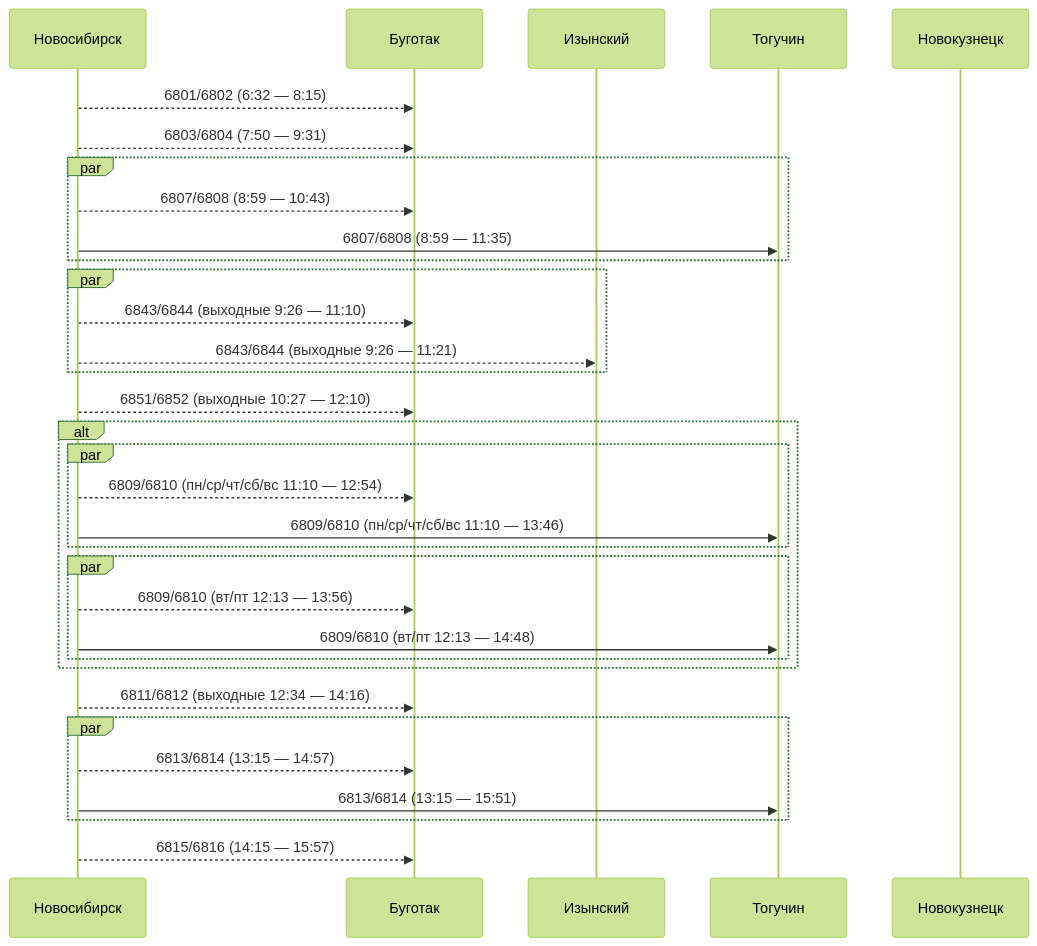
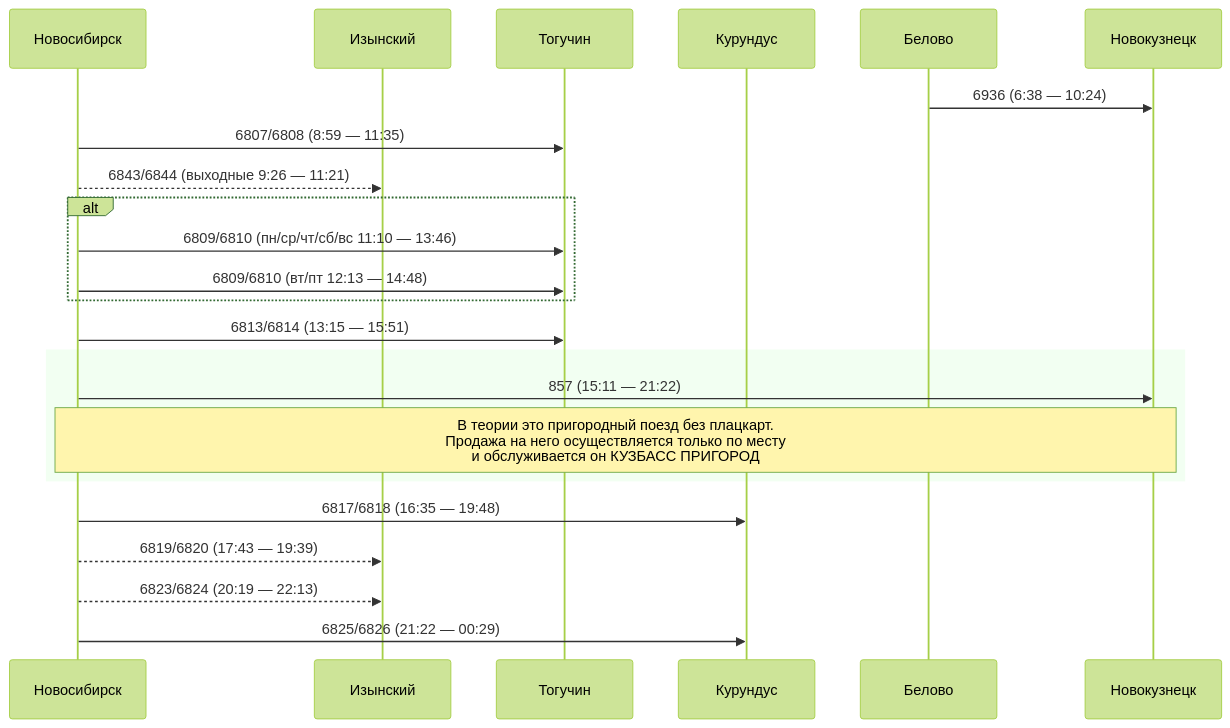
Before and after one commit to u0feff/Pezda: the fifth of 9 diagrams in README.md, drawn with Mermaid (forest theme). The commit also changed other lines of this file, not shown here.

````diff
--- a/README.md
+++ b/README.md
@@ -253,47 +253,35 @@
 ```mermaid
 sequenceDiagram
     participant Новосибирск
-    participant Буготак
     participant Изынский
     participant Тогучин
+    participant Курундус
+    participant Белово
     participant Новокузнецк
 
-    Новосибирск-->>Буготак: 6801/6802 (6:32 — 8:15)
+    Белово->>Новокузнецк: 6936 (6:38 — 10:24)
 
-    Новосибирск-->>Буготак: 6803/6804 (7:50 — 9:31)
+    Новосибирск->>Тогучин: 6807/6808 (8:59 — 11:35)
 
-    par
-    Новосибирск-->>Буготак: 6807/6808 (8:59 — 10:43)
-    Новосибирск->>Тогучин: 6807/6808 (8:59 — 11:35)
+    Новосибирск-->>Изынский: 6843/6844 (выходные 9:26 — 11:21)
+
+    alt
+    Новосибирск->>Тогучин: 6809/6810 (пн/ср/чт/сб/вс 11:10 — 13:46)
+    Новосибирск->>Тогучин: 6809/6810 (вт/пт 12:13 — 14:48)
     end
 
-    par
-    Новосибирск-->>Буготак: 6843/6844 (выходные 9:26 — 11:10)
-    Новосибирск-->>Изынский: 6843/6844 (выходные 9:26 — 11:21)
+    Новосибирск->>Тогучин: 6813/6814 (13:15 — 15:51)
+
+    rect rgba(0, 255, 0, 0.05)
+    Новосибирск->>Новокузнецк: 857 (15:11 — 21:22)
+    Note over Новосибирск,Новокузнецк: В теории это пригородный поезд без плацкарт.<br>Продажа на него осуществляется только по месту<br>и обслуживается он КУЗБАСС ПРИГОРОД
     end
 
-    Новосибирск-->>Буготак: 6851/6852 (выходные 10:27 — 12:10)
+    Новосибирск->>Курундус: 6817/6818 (16:35 — 19:48)
 
-    alt
-    par
-    Новосибирск-->>Буготак: 6809/6810 (пн/ср/чт/сб/вс 11:10 — 12:54)
-    Новосибирск->>Тогучин: 6809/6810 (пн/ср/чт/сб/вс 11:10 — 13:46)
-    end
+    Новосибирск-->>Изынский: 6819/6820 (17:43 — 19:39)
 
-    par
-    Новосибирск-->>Буготак: 6809/6810 (вт/пт 12:13 — 13:56)
-    Новосибирск->>Тогучин: 6809/6810 (вт/пт 12:13 — 14:48)
-    end
-    end
+    Новосибирск-->>Изынский: 6823/6824 (20:19 — 22:13)
 
-    Новосибирск-->>Буготак: 6811/6812 (выходные 12:34 — 14:16)
-
-    par
-    Новосибирск-->>Буготак: 6813/6814 (13:15 — 14:57)
-    Новосибирск->>Тогучин: 6813/6814 (13:15 — 15:51)
-    end
-
-    Новосибирск-->>Буготак: 6815/6816 (14:15 — 15:57)
-
-
+    Новосибирск->>Курундус: 6825/6826 (21:22 — 00:29)
 ```
````
